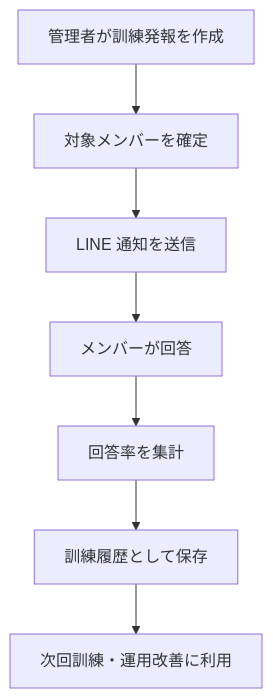
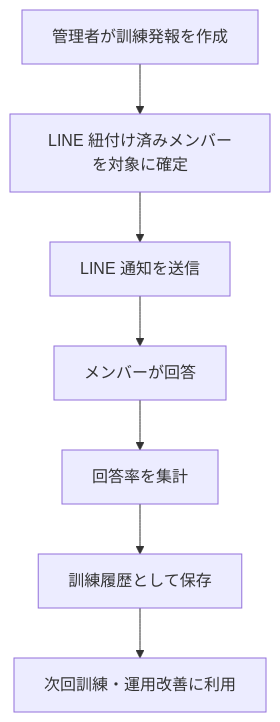
One commit to tugilo/dragonfly changed the second of 3 diagrams in docs/SSOT/SONAE_REQUIREMENTS.md. Above: the diagram before and after it, drawn with Mermaid. The commit also changed other lines of this file and 8 other files, not shown here.

````diff
--- a/docs/SSOT/SONAE_REQUIREMENTS.md
+++ b/docs/SSOT/SONAE_REQUIREMENTS.md
@@ -283,9 +370,9 @@
 ```mermaid
 flowchart TD
-    A[管理者が訓練発報を作成] --> B[対象メンバーを確定]
+    A[管理者が訓練発報を作成] --> B[LINE 紐付け済みメンバーを対象に確定]
     B --> C[LINE 通知を送信]
     C --> D[メンバーが回答]
     D --> E[回答率を集計]
     E --> F[訓練履歴として保存]
     F --> G[次回訓練・運用改善に利用]
 ```
````
